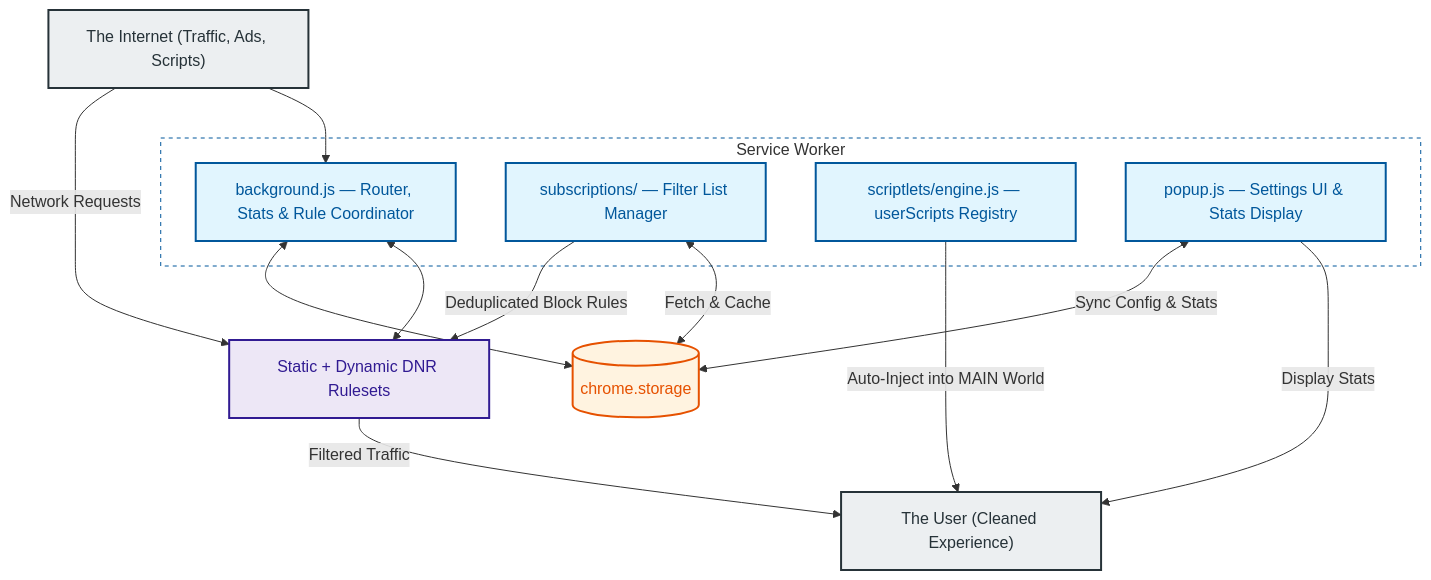
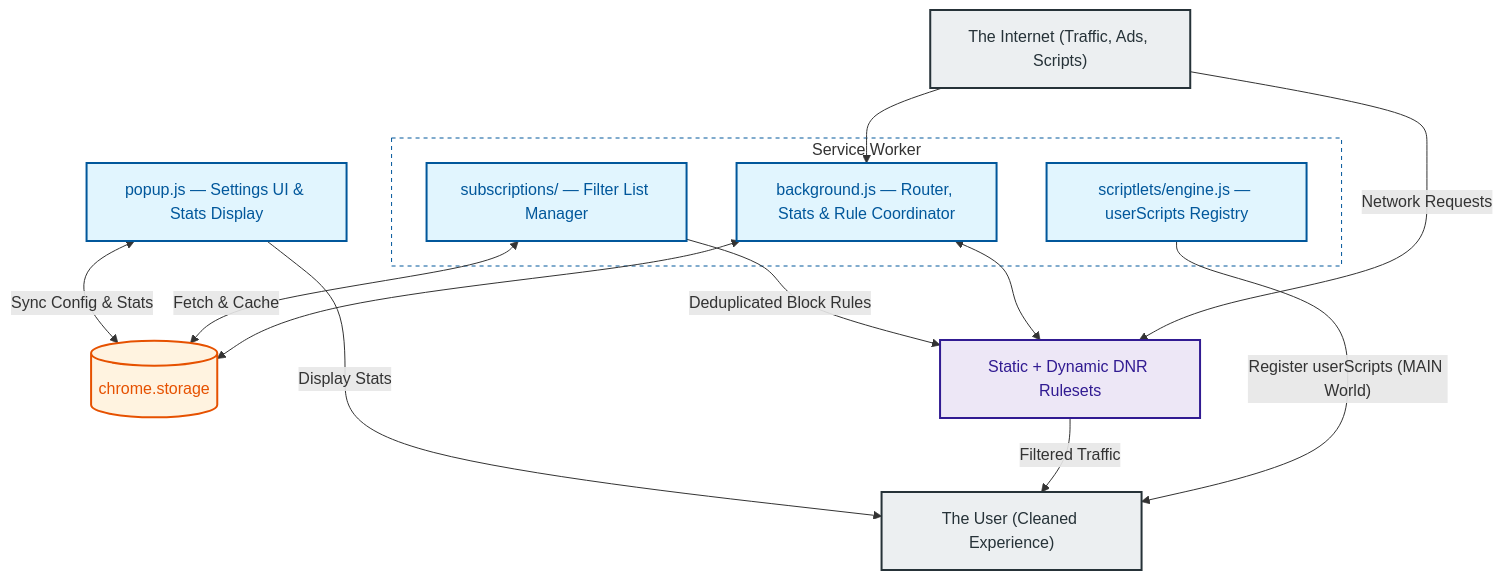
The second of 2 diagrams in README.md (Dabrogost/Chroma-Ad-Blocker), drawn with Mermaid before and after one commit. The commit also changed other lines of this file and 1 other file, not shown here.

````diff
--- a/README.md
+++ b/README.md
@@ -82,36 +81,36 @@
 ```mermaid
 graph TD
     classDef sw      fill:#e1f5fe,color:#01579b,stroke:#01579b,stroke-width:2px
     classDef storage fill:#fff3e0,color:#e65100,stroke:#e65100,stroke-width:2px
     classDef dnr     fill:#ede7f6,color:#311b92,stroke:#311b92,stroke-width:2px
     classDef actor   fill:#eceff1,color:#263238,stroke:#263238,stroke-width:2px
 
     INTERNET["The Internet (Traffic, Ads, Scripts)"]:::actor
 
     subgraph SW["Service Worker"]
         BG["background.js — Router, Stats & Rule Coordinator"]:::sw
         SUBS["subscriptions/ — Filter List Manager"]:::sw
         SCRPT["scriptlets/engine.js — userScripts Registry"]:::sw
-        POPUP["popup.js — Settings UI & Stats Display"]:::sw
     end
 
+    POPUP["popup.js — Settings UI & Stats Display"]:::sw
     STORAGE[("chrome.storage")]:::storage
     DNR["Static + Dynamic DNR Rulesets"]:::dnr
 
     USER["The User (Cleaned Experience)"]:::actor
 
     INTERNET -- "Network Requests" --> DNR
     INTERNET --> BG
 
     BG <--> STORAGE
     BG <--> DNR
     SUBS -->|"Deduplicated Block Rules"| DNR
     SUBS <-->|"Fetch & Cache"| STORAGE
-    SCRPT -->|"Auto-Inject into MAIN World"| USER
+    SCRPT -->|"Register userScripts (MAIN World)"| USER
     POPUP <-->|"Sync Config & Stats"| STORAGE
 
     DNR -->|"Filtered Traffic"| USER
     POPUP -->|"Display Stats"| USER
 
     style SW fill:none,stroke:#01579b,stroke-width:1px,stroke-dasharray:4
 ```
````
